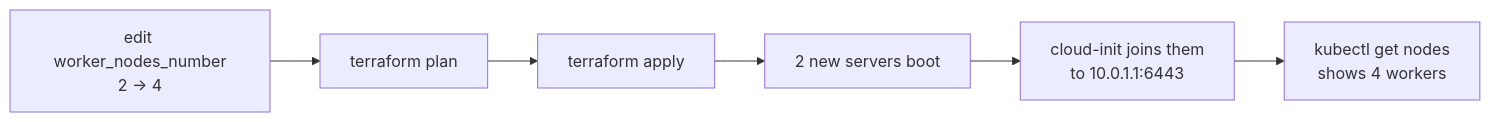
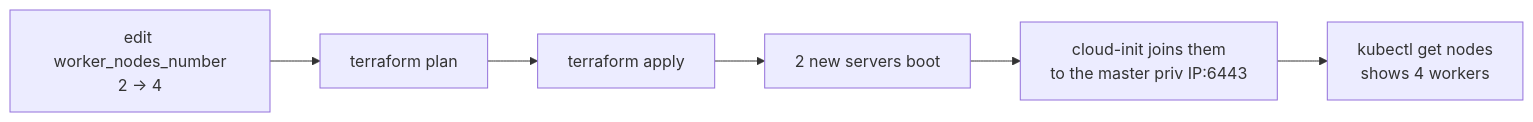
Before and after one commit to pawel150199/hcloud-k8s-cluster: the diagram in docs/06-operations.md, drawn with Mermaid. The commit also changed other lines of this file and 9 other files, not shown here.

````diff
--- a/docs/06-operations.md
+++ b/docs/06-operations.md
@@ -57,8 +57,8 @@
 ```mermaid
 flowchart LR
   A["edit worker_nodes_number<br/>2 → 4"] --> B["terraform plan"]
   B --> C["terraform apply"]
   C --> D["2 new servers boot"]
-  D --> E["cloud-init joins them<br/>to 10.0.1.1:6443"]
+  D --> E["cloud-init joins them<br/>to the master priv IP:6443"]
   E --> F["kubectl get nodes<br/>shows 4 workers"]
 ```
````
